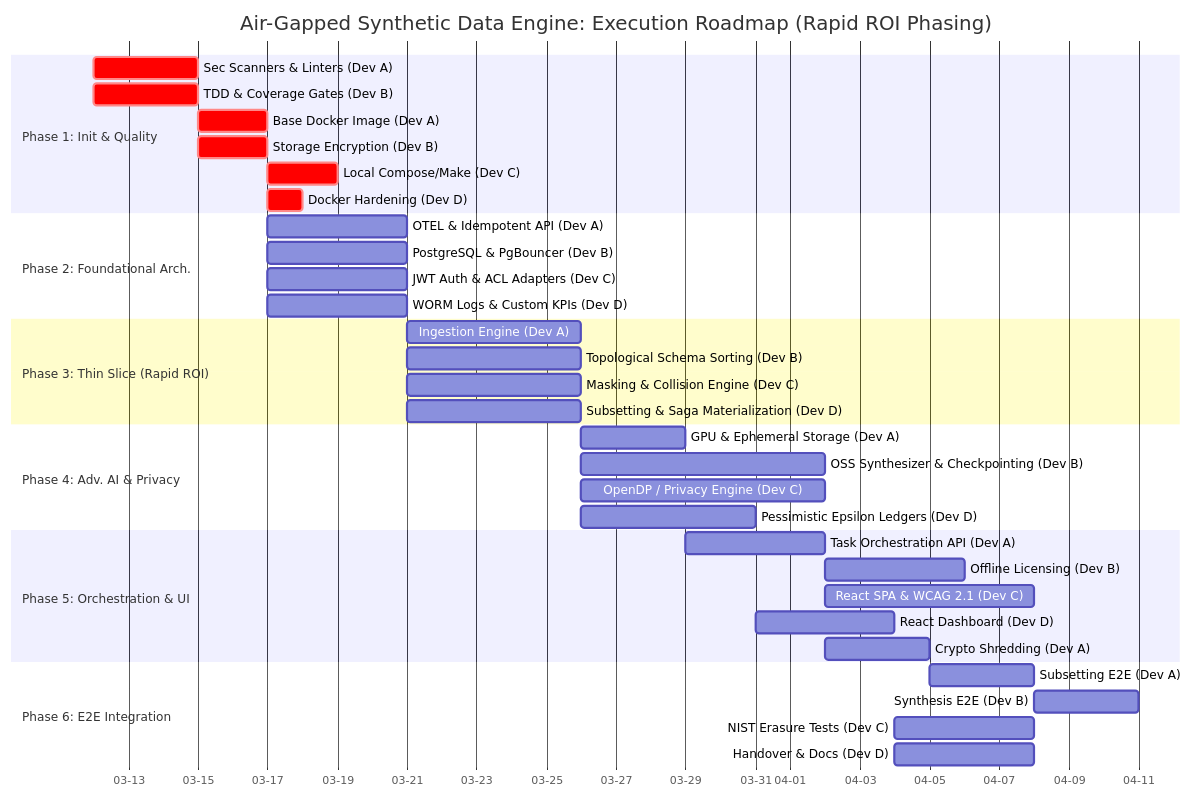
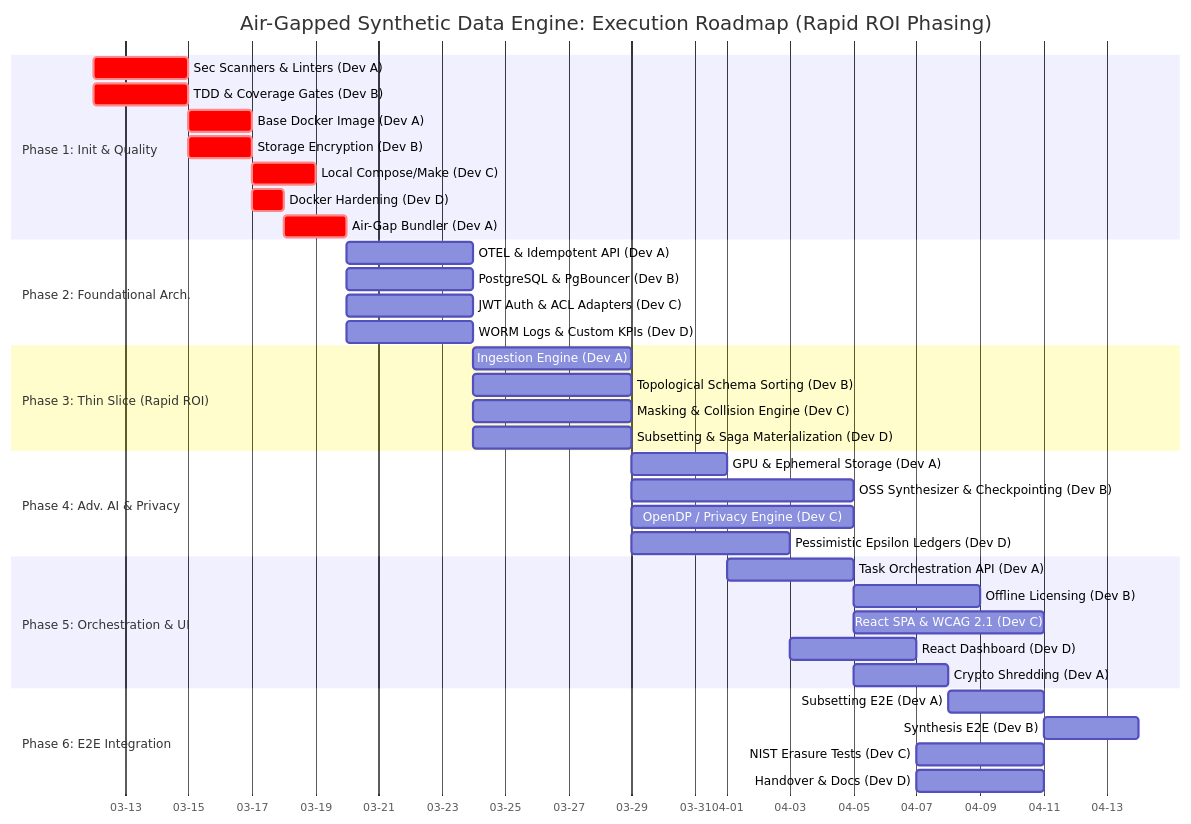
The diagram in docs/EXECUTION_PLAN.md (aedile/conclave), drawn with Mermaid before and after one commit. The commit also changed other lines of this file and 1 other file, not shown here.

Commit message:
docs: integrate Principal DevOps Engineer mandates

````diff
--- a/docs/EXECUTION_PLAN.md
+++ b/docs/EXECUTION_PLAN.md
@@ -77,46 +78,47 @@
 ```mermaid
 gantt
     title Air-Gapped Synthetic Data Engine: Execution Roadmap (Rapid ROI Phasing)
     dateFormat  YYYY-MM-DD
     axisFormat  %m-%d
     todayMarker off
     
     section Phase 1: Init & Quality
     Sec Scanners & Linters (Dev A) :crit, t1_1, 2026-03-12, 3d
     TDD & Coverage Gates (Dev B)   :crit, t1_2, 2026-03-12, 3d
     Base Docker Image (Dev A)      :crit, t1_3, after t1_1, 2d
     Storage Encryption (Dev B)     :crit, t1_4, after t1_2, 2d
     Local Compose/Make (Dev C)     :crit, t1_5, after t1_3, 2d
     Docker Hardening (Dev D)       :crit, t1_6, after t1_4, 1d
+    Air-Gap Bundler (Dev A)        :crit, t1_7, after t1_6, 2d
 
     section Phase 2: Foundational Arch.
-    OTEL & Idempotent API (Dev A)            :t2_1, after t1_3, 4d
-    PostgreSQL & PgBouncer (Dev B)           :t2_2, after t1_3, 4d
-    JWT Auth & ACL Adapters (Dev C)          :t2_3, after t1_3, 4d
-    WORM Logs & Custom KPIs (Dev D)          :t2_4, after t1_3, 4d
+    OTEL & Idempotent API (Dev A)            :t2_1, after t1_7, 4d
+    PostgreSQL & PgBouncer (Dev B)           :t2_2, after t1_7, 4d
+    JWT Auth & ACL Adapters (Dev C)          :t2_3, after t1_7, 4d
+    WORM Logs & Custom KPIs (Dev D)          :t2_4, after t1_7, 4d
 
     section Phase 3: Thin Slice (Rapid ROI)
     Ingestion Engine (Dev A)                    :t3_1, after t2_1, 5d
     Topological Schema Sorting (Dev B)          :t3_2, after t2_1, 5d
     Masking & Collision Engine (Dev C)          :t3_3, after t2_1, 5d
     Subsetting & Saga Materialization (Dev D)   :t3_4, after t2_1, 5d
 
     section Phase 4: Adv. AI & Privacy
     GPU & Ephemeral Storage (Dev A)     :t4_1, after t3_1, 3d
     OSS Synthesizer & Checkpointing (Dev B):t4_2, after t3_2, 7d
     OpenDP / Privacy Engine (Dev C)     :t4_3, after t3_3, 7d
     Pessimistic Epsilon Ledgers (Dev D) :t4_4, after t3_4, 5d
 
     section Phase 5: Orchestration & UI
     Task Orchestration API (Dev A) :t5_1, after t4_1, 4d
     Offline Licensing (Dev B)      :t5_2, after t4_2, 4d
     React SPA & WCAG 2.1 (Dev C)   :t5_3, after t4_3, 6d
     React Dashboard (Dev D)        :t5_4, after t4_4, 4d
     Crypto Shredding (Dev A)       :t5_5, after t5_1, 3d
 
     section Phase 6: E2E Integration
     Subsetting E2E (Dev A)         :t6_1, after t5_5, 3d
     Synthesis E2E (Dev B)          :t6_2, after t6_1, 3d
     NIST Erasure Tests (Dev C)     :t6_3, after t5_4, 4d
     Handover & Docs (Dev D)        :t6_4, after t5_4, 4d
 ```
````
